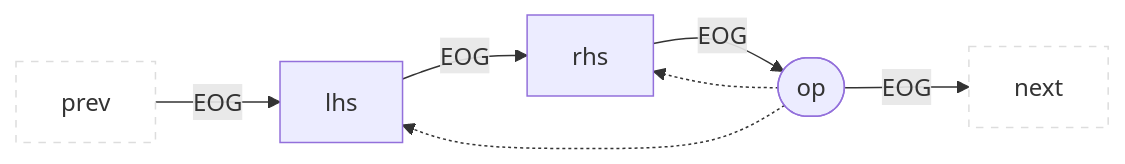
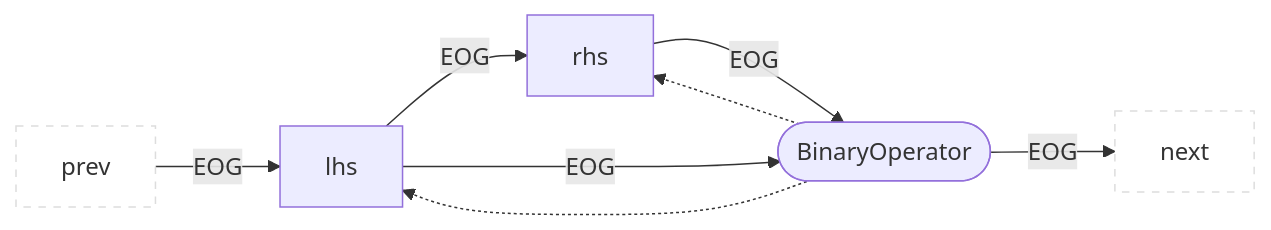
One commit to Fraunhofer-AISEC/cpg changed diagram 11 of 36 in cpg-core/specifications/eog.md. Above: the diagram before and after it, drawn with Mermaid. The commit also changed other lines of this file, not shown here.

````diff
--- a/cpg-core/specifications/eog.md
+++ b/cpg-core/specifications/eog.md
@@ -189,10 +229,11 @@
 ```mermaid
 flowchart LR
   classDef outer fill:#fff,stroke:#ddd,stroke-dasharray:5 5;
   prev:::outer --EOG--> lhs
   node --EOG--> next:::outer
-  node([op]) -.-> lhs
+  node([BinaryOperator]) -.-> lhs
   node -.-> rhs
   lhs --EOG--> rhs
+  lhs --EOG--> node
   rhs --EOG--> node
 ```
````
